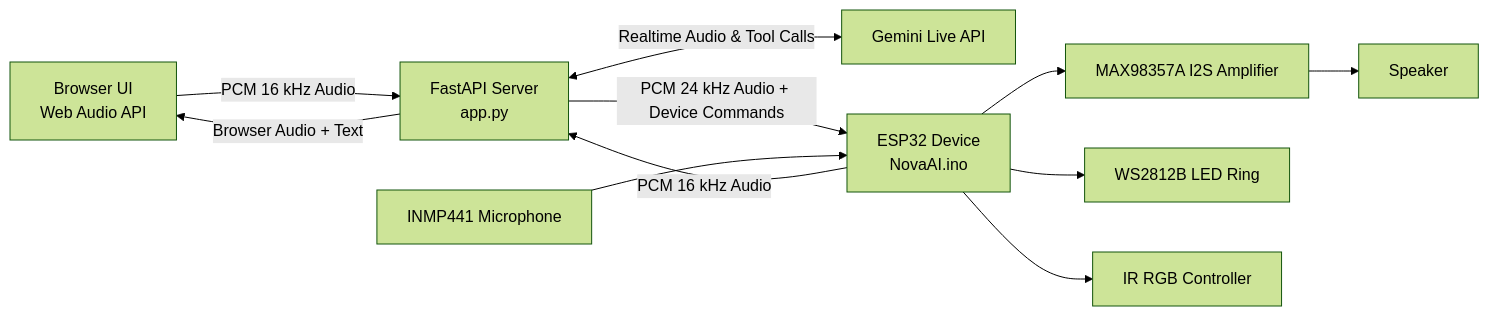
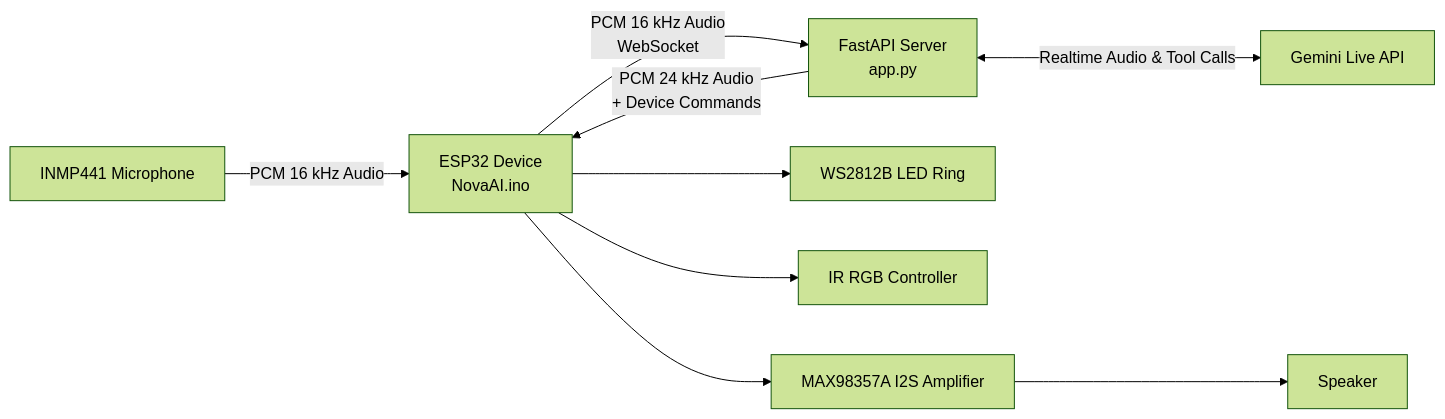
One commit to madebyparth/nova-ai changed the diagram in README.md. Above: the diagram before and after it, drawn with Mermaid (forest theme). The commit also changed other lines of this file, not shown here.

Commit message:
Refocus README around ESP32-first architecture

````diff
--- a/README.md
+++ b/README.md
@@ -50,31 +58,23 @@
-```mermaid
+``` mermaid
 flowchart LR
 
-Browser["Browser UI<br/>Web Audio API"]
-
-Server["FastAPI Server<br/>app.py"]
-
-Gemini["Gemini Live API"]
-
+Mic["INMP441 Microphone"]
 ESP32["ESP32 Device<br/>NovaAI.ino"]
-
-Mic["INMP441 Microphone"]
 Amp["MAX98357A I2S Amplifier"]
 Speaker["Speaker"]
 LED["WS2812B LED Ring"]
 IR["IR RGB Controller"]
 
-Browser -->|PCM 16 kHz Audio| Server
-Server -->|Browser Audio + Text| Browser
+Server["FastAPI Server<br/>app.py"]
+Gemini["Gemini Live API"]
 
-ESP32 -->|PCM 16 kHz Audio| Server
-Server -->|PCM 24 kHz Audio + Device Commands| ESP32
+Mic -->|PCM 16 kHz Audio| ESP32
+ESP32 -->|PCM 16 kHz Audio<br/>WebSocket| Server
+Server <-->|Realtime Audio & Tool Calls| Gemini
+Server -->|PCM 24 kHz Audio<br/>+ Device Commands| ESP32
 
-Server <-->|Realtime Audio & Tool Calls| Gemini
-
-Mic --> ESP32
 ESP32 --> Amp
 Amp --> Speaker
 ESP32 --> LED
 ESP32 --> IR
 ```
````
